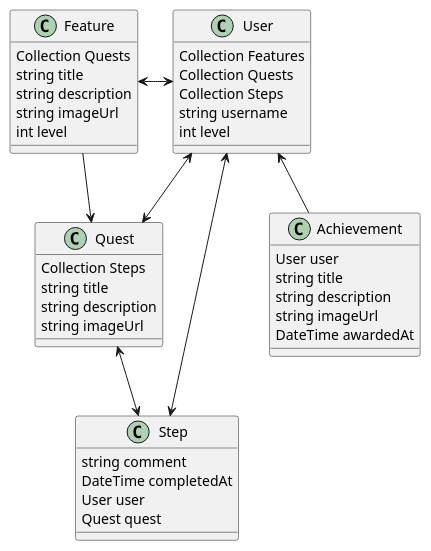
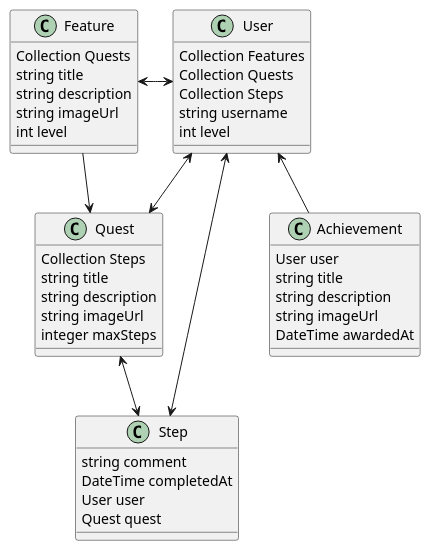
One commit to Nooblisk/levelup changed the diagram in doc/models.puml. Above: the diagram before and after it, drawn with PlantUML. The commit also changed 1 other file, not shown here.

```diff
--- a/doc/models.puml
+++ b/doc/models.puml
@@ -1,49 +1,50 @@
 @startuml
 
 class User {
     Collection Features
     Collection Quests
     Collection Steps
     string username
     int level
 }
 
 class Feature {
     Collection Quests
     string title
     string description
     string imageUrl
     int level
 }
 
 class Quest {
     Collection Steps
     string title
     string description
     string imageUrl
+    integer maxSteps
 }
 
 class Step {
     string comment
     DateTime completedAt
     User user
     Quest quest
 }
 
 class Achievement {
     User user
     string title
     string description
     string imageUrl
     DateTime awardedAt
 }
 
 User <-left-> Feature
 User <--> Quest
 User <-> Step
 User <-down- Achievement
 
 Feature --> Quest
 Quest <--> Step
 
 @enduml
```
